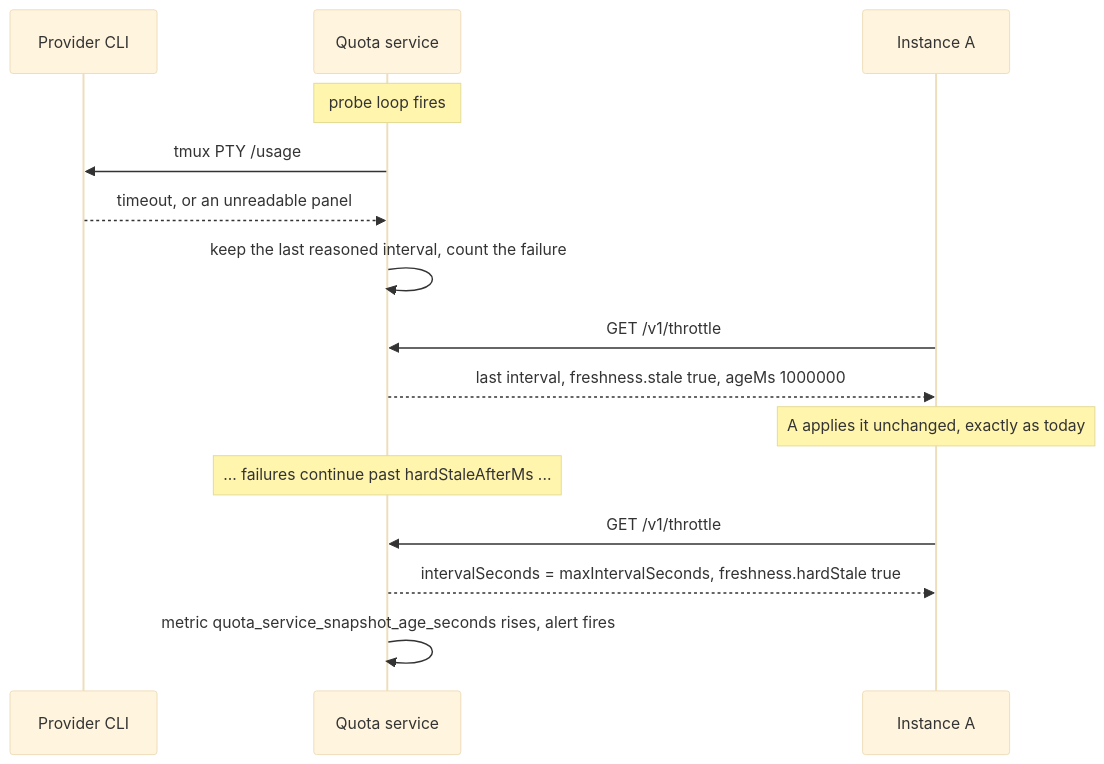
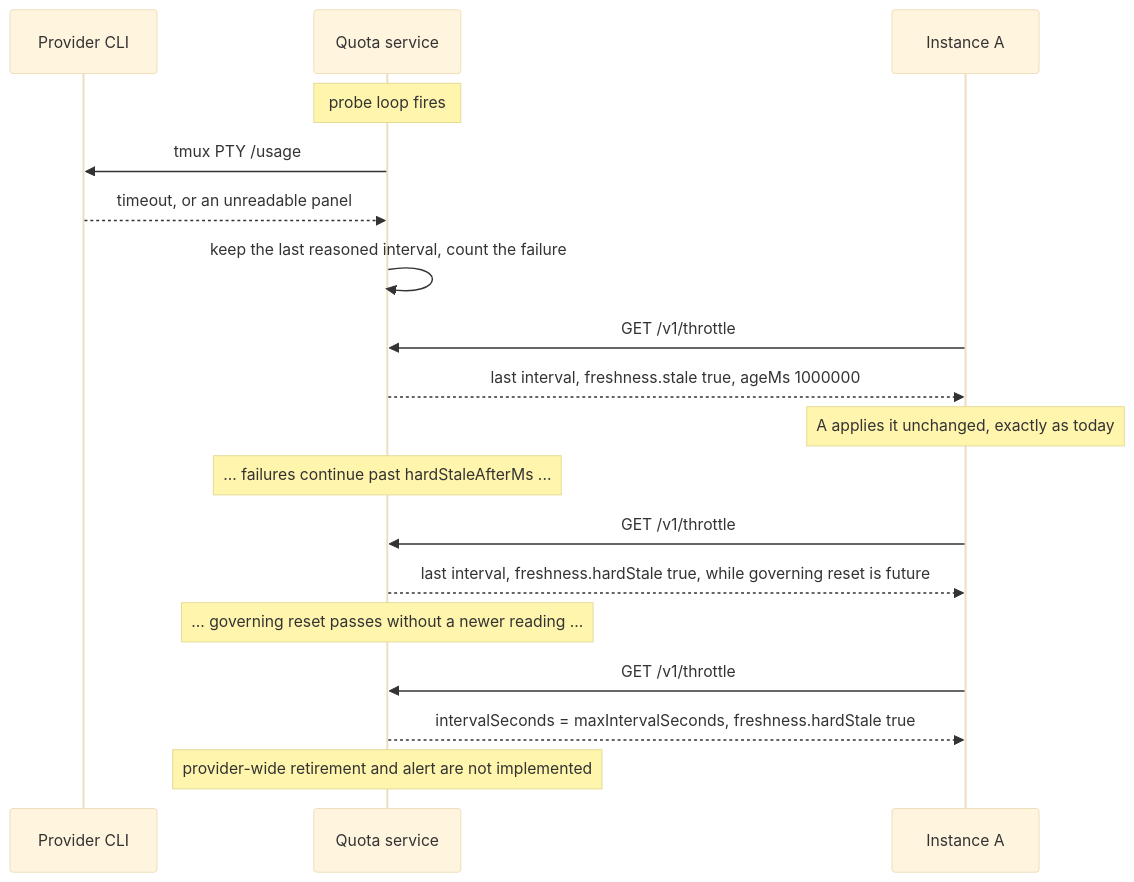
Before and after one commit to MEK-Org/rusa: the second of 4 diagrams in docs/quota-coordinator-design.md, drawn with Mermaid (base theme). The commit also changed other lines of this file, not shown here.

Commit message:
docs(quota): correct failed scrape hard-stale sequence

````diff
--- a/docs/quota-coordinator-design.md
+++ b/docs/quota-coordinator-design.md
@@ -1264,18 +1264,21 @@
 ```mermaid
 sequenceDiagram
     participant P as Provider CLI
     participant S as Quota service
     participant A as Instance A
 
     Note over S: probe loop fires
     S->>P: tmux PTY /usage
     P-->>S: timeout, or an unreadable panel
     S->>S: keep the last reasoned interval, count the failure
     A->>S: GET /v1/throttle
     S-->>A: last interval, freshness.stale true, ageMs 1000000
     Note over A: A applies it unchanged, exactly as today
     Note over S: ... failures continue past hardStaleAfterMs ...
     A->>S: GET /v1/throttle
+    S-->>A: last interval, freshness.hardStale true, while governing reset is future
+    Note over S: ... governing reset passes without a newer reading ...
+    A->>S: GET /v1/throttle
     S-->>A: intervalSeconds = maxIntervalSeconds, freshness.hardStale true
-    S->>S: metric quota_service_snapshot_age_seconds rises, alert fires
+    Note over S: provider-wide retirement and alert are not implemented; #794 tracks them
 ```
````
